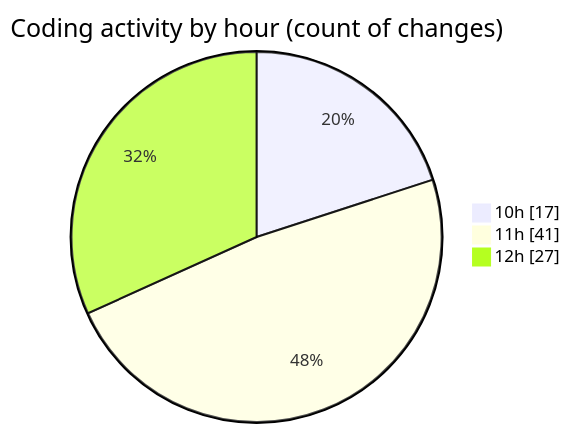
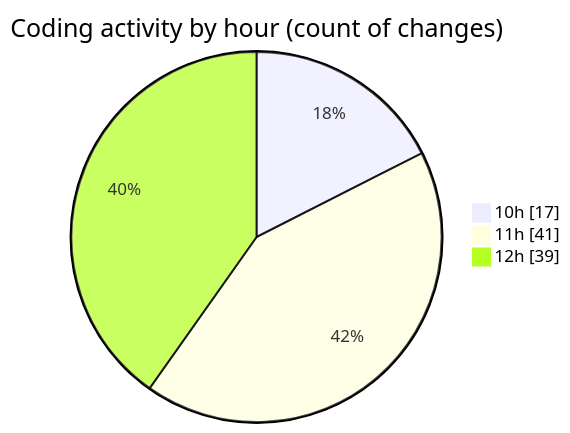
One commit to momahboobian/code-tracking changed the second of 2 diagrams in 2025-10-06/cda/README.md. Above: the diagram before and after it, drawn with Mermaid. The commit also changed other lines of this file and 1 other file, not shown here.

````diff
--- a/2025-10-06/cda/README.md
+++ b/2025-10-06/cda/README.md
@@ -33,7 +33,7 @@
 ```mermaid
 pie showData
 title Coding activity by hour (count of changes)
 "10h" : 17
 "11h" : 41
-"12h" : 27
+"12h" : 39
 ```
````
